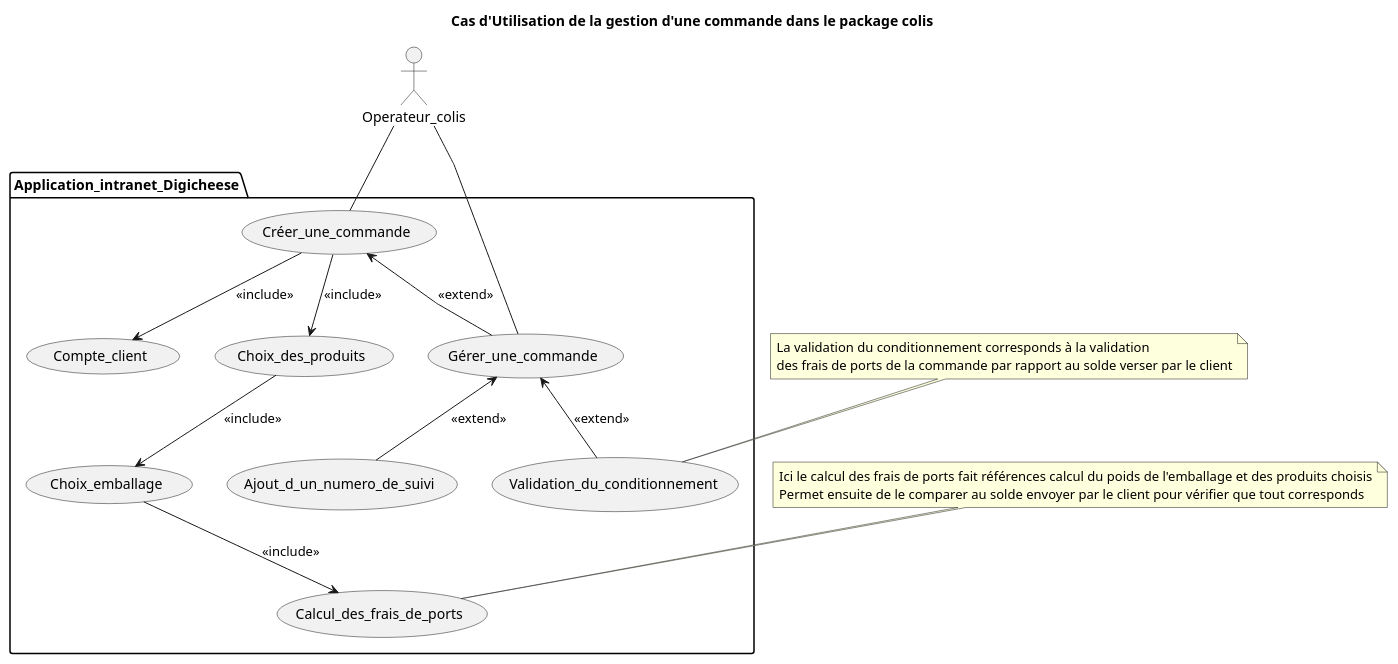
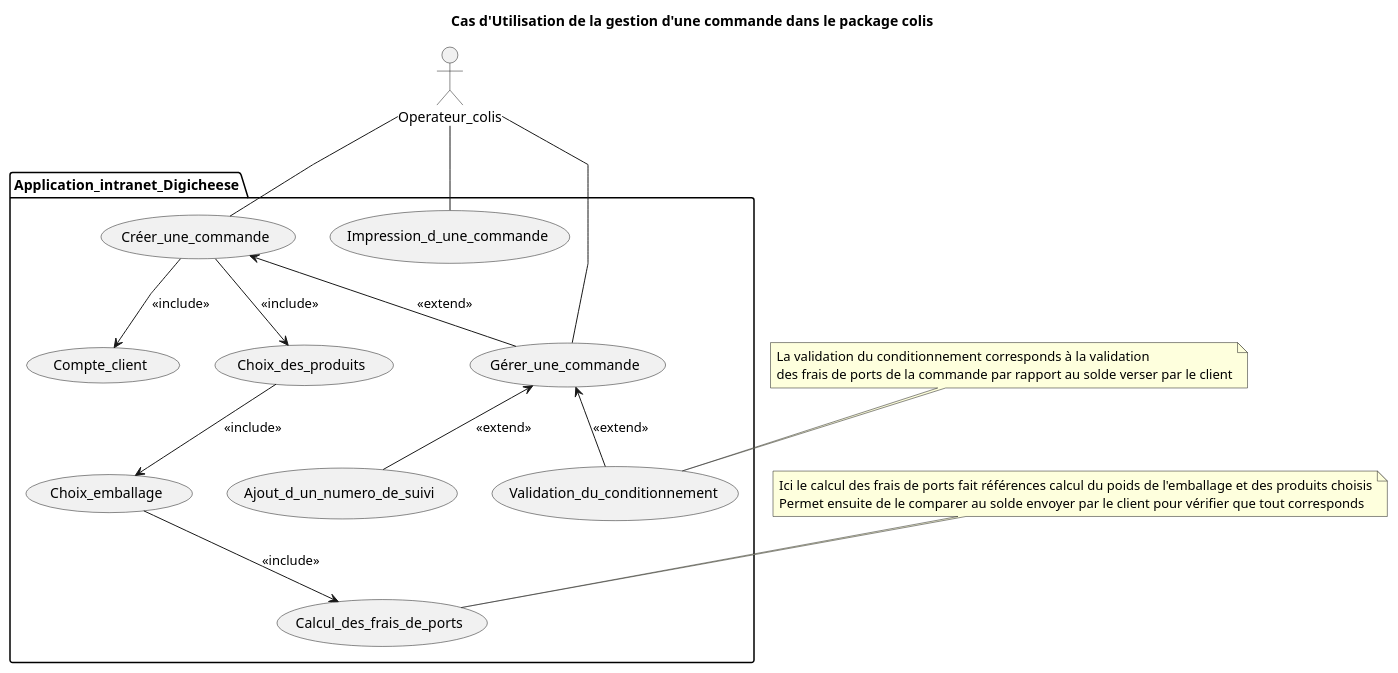
One commit to Bluwen/Conception_d_une_application_informatique changed the diagram in Cas_d_utilisation/Cas_utilisation_colis.puml. Above: the diagram before and after it, drawn with PlantUML. The commit also changed 1 other file, not shown here.

Commit message:
Ajout de pouvoir imprimer des données dans différents diagramme

```diff
--- a/Cas_d_utilisation/Cas_utilisation_colis.puml
+++ b/Cas_d_utilisation/Cas_utilisation_colis.puml
@@ -1,43 +1,45 @@
 @startuml Cas_utilisation_colis
 'left to right direction
 skinparam linetype polyline
 
 actor Operateur_colis
 
 package Application_intranet_Digicheese {
     usecase Compte_client
 
     usecase Créer_une_commande
     usecase Gérer_une_commande
 
     usecase Choix_des_produits
     usecase Choix_emballage
 
     usecase Calcul_des_frais_de_ports
     usecase Validation_du_conditionnement
 
     usecase Ajout_d_un_numero_de_suivi
+
+    usecase Impression_d_une_commande
 }
 
 Operateur_colis -- Créer_une_commande
 Operateur_colis -- Gérer_une_commande
-
+Operateur_colis -- Impression_d_une_commande
 
 Créer_une_commande --> Compte_client : <<include>>
 Créer_une_commande --> Choix_des_produits : <<include>>
 Choix_des_produits --> Choix_emballage : <<include>>
 Choix_emballage --> Calcul_des_frais_de_ports : <<include>>
 
 Créer_une_commande <-- Gérer_une_commande : <<extend>>
 
 Gérer_une_commande <-- Validation_du_conditionnement : <<extend>>
 Gérer_une_commande <-- Ajout_d_un_numero_de_suivi : <<extend>>
 
 note "Ici le calcul des frais de ports fait références calcul du poids de l'emballage et des produits choisis\nPermet ensuite de le comparer au solde envoyer par le client pour vérifier que tout corresponds" as N1
 note "La validation du conditionnement corresponds à la validation\ndes frais de ports de la commande par rapport au solde verser par le client" as N2
 
 N1 .. Calcul_des_frais_de_ports
 N2 .. Validation_du_conditionnement
 
 title Cas d'Utilisation de la gestion d'une commande dans le package colis
 @enduml
```
